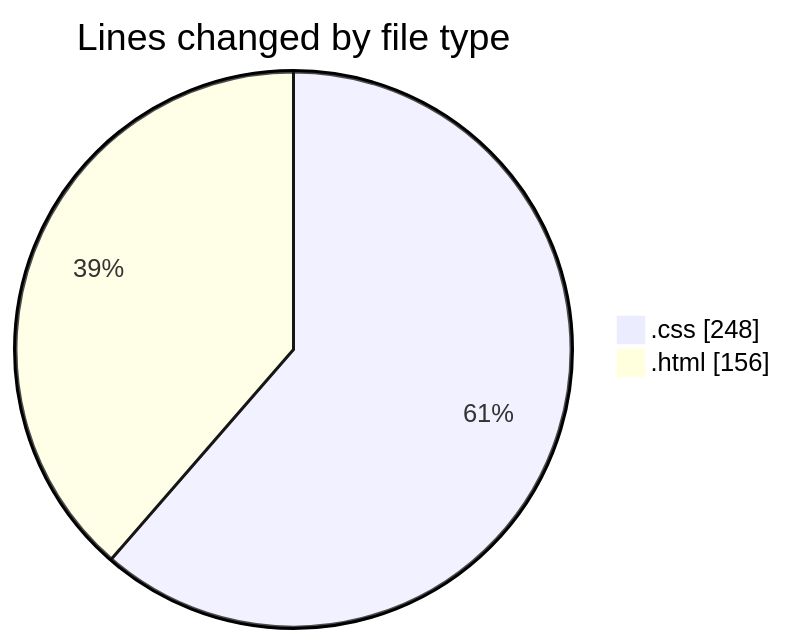
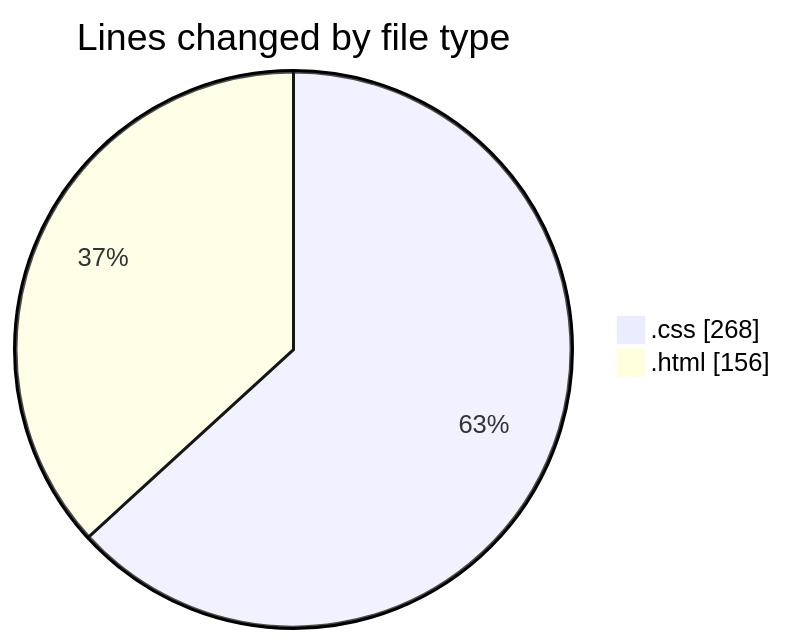
The first of 2 diagrams in 2025-02-07/recipe-page-main/README.md (NitaiMahat/code-tracking), drawn with Mermaid before and after one commit. The commit also changed other lines of this file and 1 other file, not shown here.

````diff
--- a/2025-02-07/recipe-page-main/README.md
+++ b/2025-02-07/recipe-page-main/README.md
@@ -21,6 +21,6 @@
 ```mermaid
 pie showData
 title Lines changed by file type
-".css" : 248
+".css" : 268
 ".html" : 156
 ```
````
